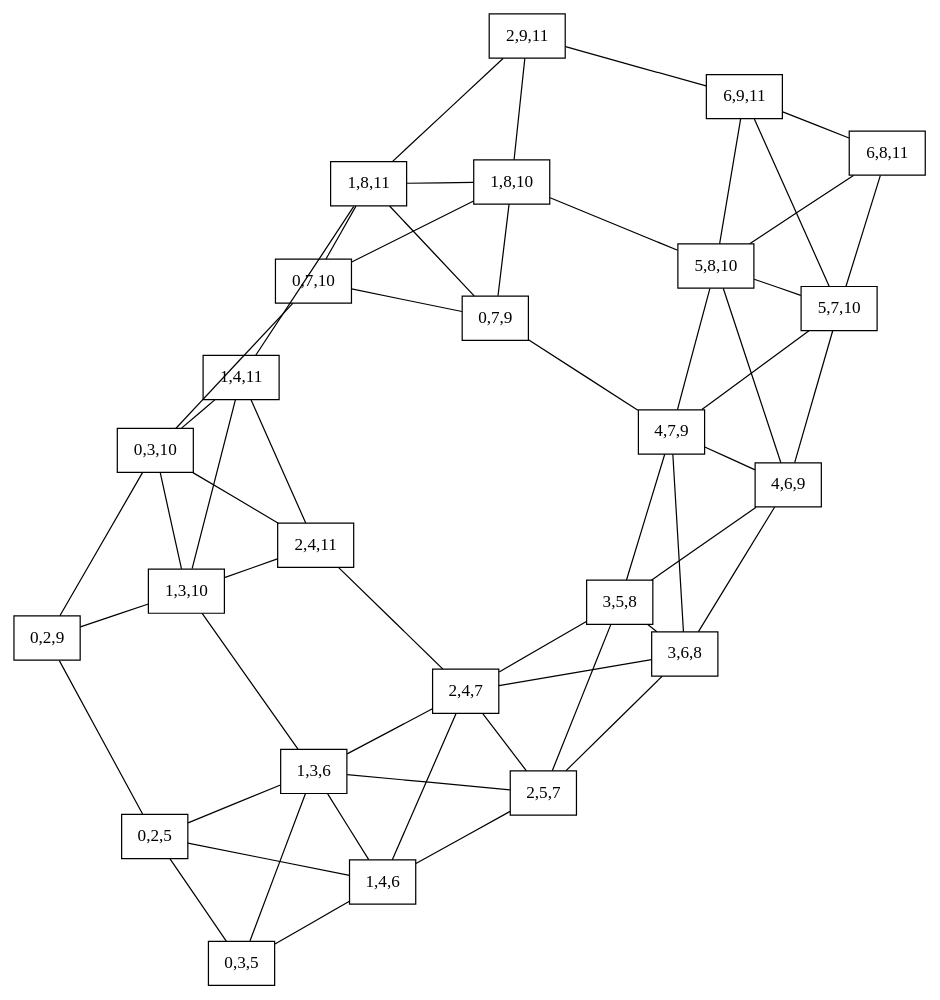
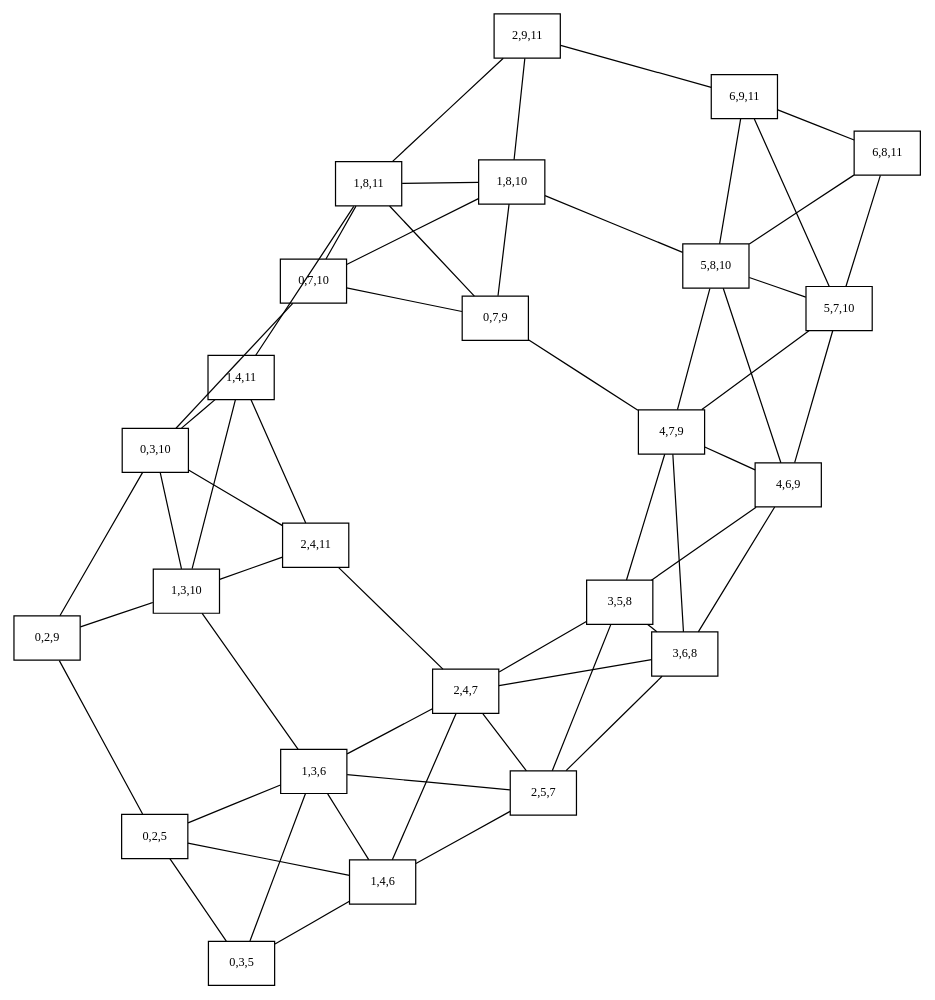
Before and after one commit to rd--/hmt: the diagram in data/dot/tj/oh/tj_oh_p114.9.dot, drawn with Graphviz. The commit also changed 40 other files, not shown here.

Commit message:
~Music/Theory/Graph/Johnson_2014+p172

```diff
--- a/data/dot/tj/oh/tj_oh_p114.9.dot
+++ b/data/dot/tj/oh/tj_oh_p114.9.dot
@@ -1,85 +1,85 @@
 graph
  g {
-edge [len=2.0]
-graph [layout=neato,epsilon=0.000001,fontsize=10,fontname="century schoolbook"]
-node [shape=box]
+edge [len=2.0,fontsize=10]
+graph [layout=neato,epsilon=0.000001]
+node [shape=box,fontsize=10,fontname="century schoolbook"]
 0 [label="0,2,5"];
 1 [label="1,3,6"];
 2 [label="0,2,9"];
 3 [label="0,3,5"];
 4 [label="1,4,6"];
 5 [label="2,4,7"];
 6 [label="1,3,10"];
 7 [label="2,5,7"];
 8 [label="3,5,8"];
 9 [label="2,4,11"];
 10 [label="3,6,8"];
 11 [label="4,6,9"];
 12 [label="4,7,9"];
 13 [label="5,7,10"];
 14 [label="5,8,10"];
 15 [label="6,8,11"];
 16 [label="6,9,11"];
 17 [label="0,7,9"];
 18 [label="1,8,10"];
 19 [label="0,7,10"];
 20 [label="1,8,11"];
 21 [label="2,9,11"];
 22 [label="0,3,10"];
 23 [label="1,4,11"];
 0 -- 1;
 0 -- 2;
 0 -- 3;
 0 -- 4;
 1 -- 4;
 1 -- 5;
 1 -- 6;
 1 -- 7;
 2 -- 6;
 2 -- 22;
 3 -- 1;
 3 -- 4;
 4 -- 5;
 4 -- 7;
 5 -- 7;
 5 -- 8;
 5 -- 9;
 5 -- 10;
 6 -- 9;
 6 -- 23;
 7 -- 8;
 7 -- 10;
 8 -- 10;
 8 -- 11;
 8 -- 12;
 10 -- 11;
 10 -- 12;
 11 -- 12;
 11 -- 13;
 11 -- 14;
 12 -- 13;
 12 -- 14;
 13 -- 14;
 13 -- 15;
 13 -- 16;
 14 -- 15;
 14 -- 16;
 15 -- 16;
 17 -- 12;
 17 -- 18;
 17 -- 19;
 17 -- 20;
 18 -- 14;
 18 -- 20;
 18 -- 21;
 19 -- 18;
 19 -- 20;
 20 -- 21;
 21 -- 16;
 22 -- 6;
 22 -- 9;
 22 -- 19;
 22 -- 23;
 23 -- 9;
 23 -- 20;
 }
```
